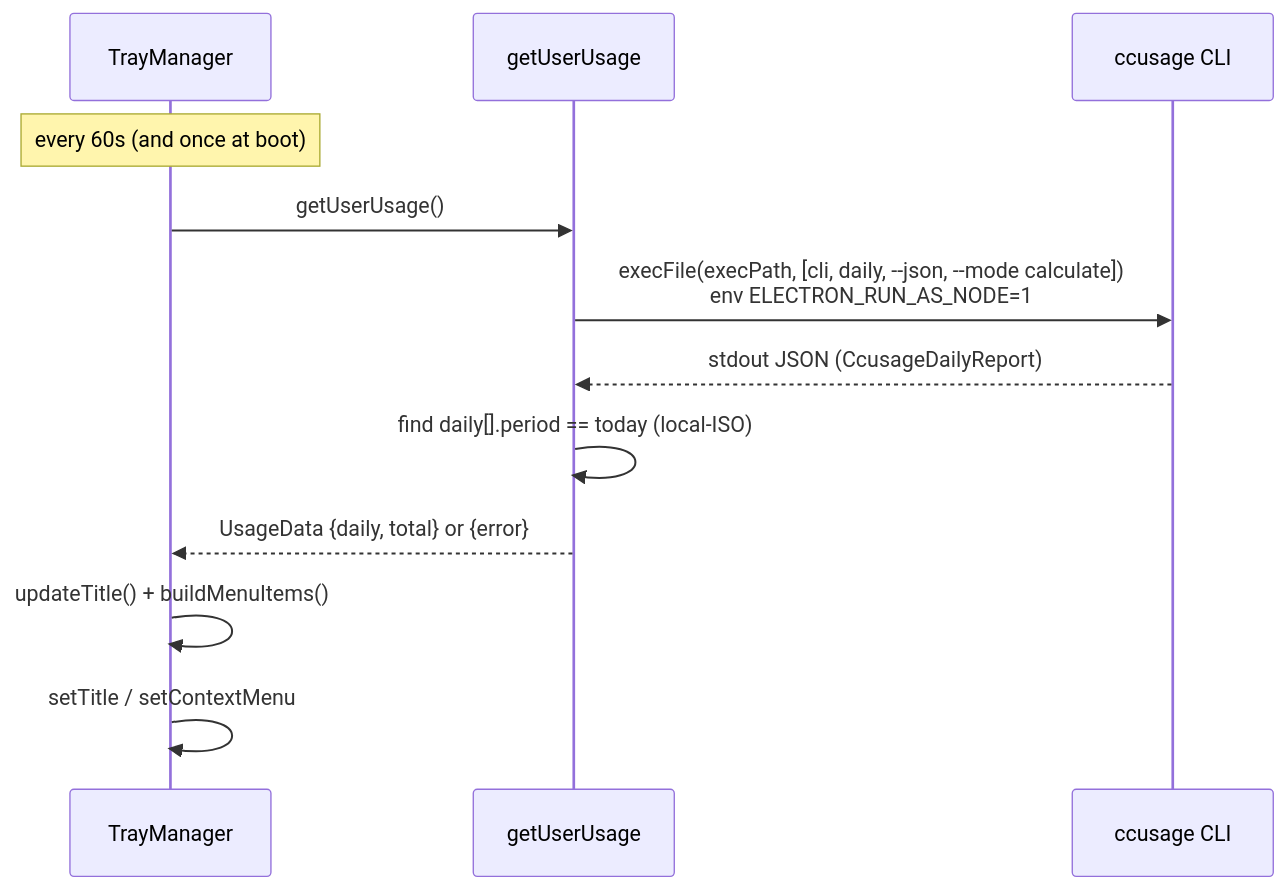
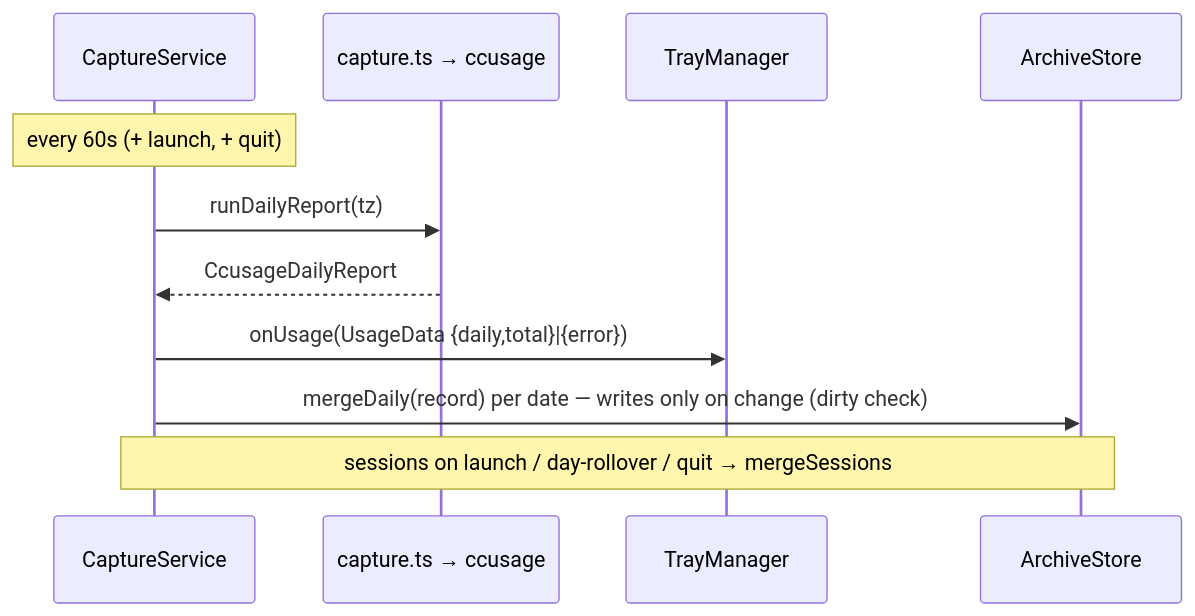
The second of 2 diagrams in docs/ARCHITECTURE.md (tangentlin/burnbar), drawn with Mermaid before and after one commit. The commit also changed other lines of this file and 60 other files, not shown here.

First line of the commit message:
feat: durable usage archive + dashboard (#21)

````diff
--- a/docs/ARCHITECTURE.md
+++ b/docs/ARCHITECTURE.md
@@ -33,14 +45,13 @@
 ```mermaid
 sequenceDiagram
+    participant S as CaptureService
+    participant C as capture.ts → ccusage
     participant T as TrayManager
-    participant U as getUserUsage
-    participant C as ccusage CLI
-    Note over T: every 60s (and once at boot)
-    T->>U: getUserUsage()
-    U->>C: execFile(execPath, [cli, daily, --json, --mode calculate])<br/>env ELECTRON_RUN_AS_NODE=1
-    C-->>U: stdout JSON (CcusageDailyReport)
-    U->>U: find daily[].period == today (local-ISO)
-    U-->>T: UsageData {daily, total} or {error}
-    T->>T: updateTitle() + buildMenuItems()
-    T->>T: setTitle / setContextMenu
+    participant A as ArchiveStore
+    Note over S: every 60s (+ launch, + quit)
+    S->>C: runDailyReport(tz)
+    C-->>S: CcusageDailyReport
+    S->>T: onUsage(UsageData {daily,total}|{error})
+    S->>A: mergeDaily(record) per date — writes only on change (dirty check)
+    Note over S,A: sessions on launch / day-rollover / quit → mergeSessions
 ```
````
